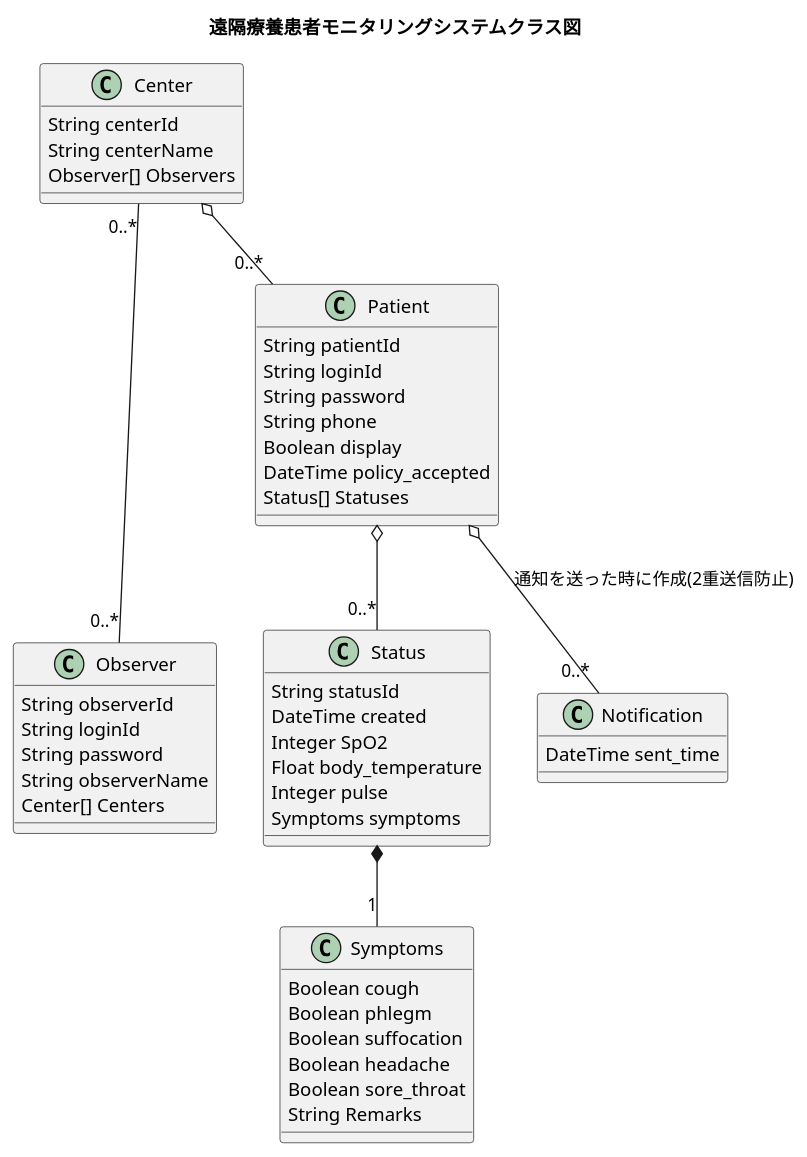
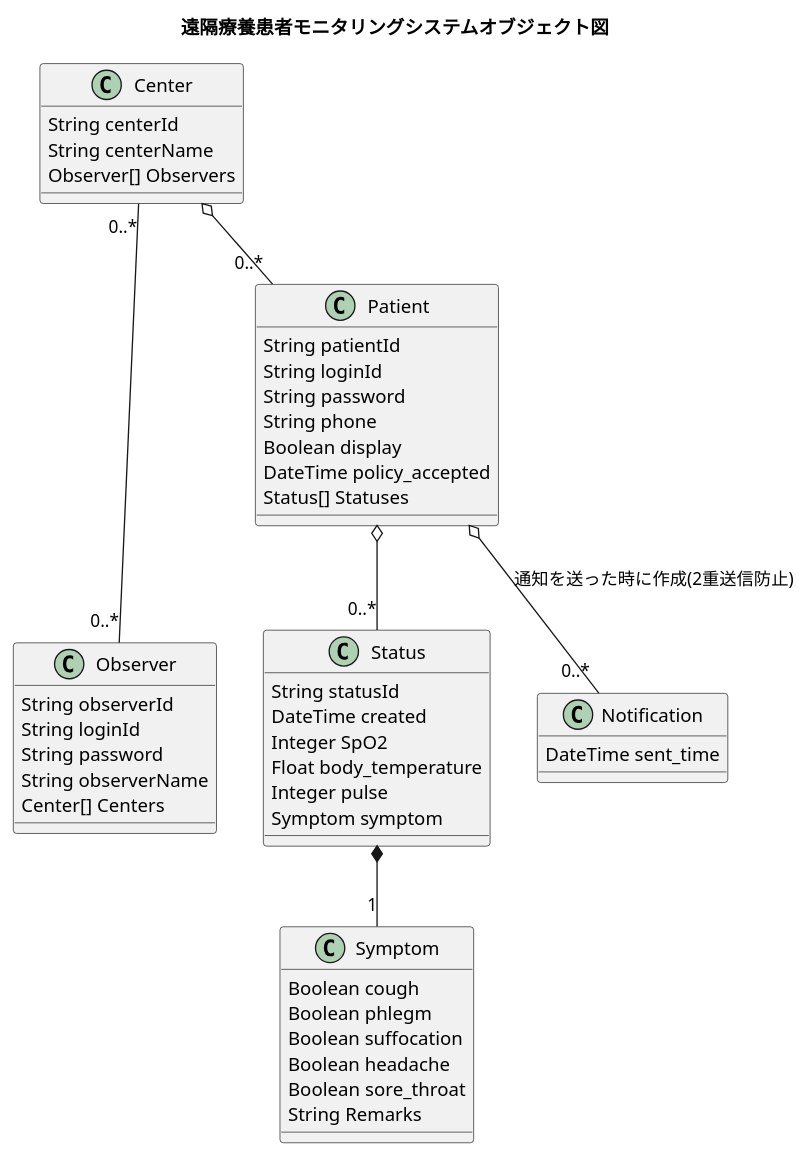
One commit to codeforjapan/remote-patient-monitoring-api changed the diagram in docs/uml/CLASSES.md. Above: the diagram before and after it, drawn with PlantUML. The commit also changed 12 other files, not shown here.

````diff
--- a/docs/uml/CLASSES.md
+++ b/docs/uml/CLASSES.md
@@ -7,58 +7,58 @@
 ```uml
 @startuml RemotePatientMonitoring
-title 遠隔療養患者モニタリングシステムクラス図
+title 遠隔療養患者モニタリングシステムオブジェクト図
 skinparam backgroundColor white
 
 Center "0..*" --- "0..*" Observer
 Center o-- "0..*" Patient
 Patient o-- "0..*" Status
-Status *-- "1" Symptoms
+Status *-- "1" Symptom
 Patient o-- "0..*" Notification :通知を送った時に作成(2重送信防止)
 
 class Center {
     String centerId
     String centerName
     Observer[] Observers
 }
 
 class Observer {
     String observerId
     String loginId
     String password
     String observerName
     Center[] Centers
 }
 
 class Patient {
     String patientId
     String loginId
     String password
     String phone
     Boolean display
     DateTime policy_accepted
     Status[] Statuses
 }
 
 class Status {
     String statusId
     DateTime created
     Integer SpO2
     Float body_temperature
     Integer pulse
-    Symptoms symptoms
+    Symptom symptom
 }
 
-class Symptoms {
+class Symptom {
     Boolean cough
     Boolean phlegm
     Boolean suffocation
     Boolean headache
     Boolean sore_throat
     String Remarks
 }
 
 class Notification {
     DateTime sent_time
 }
 @enduml
 ```
````
